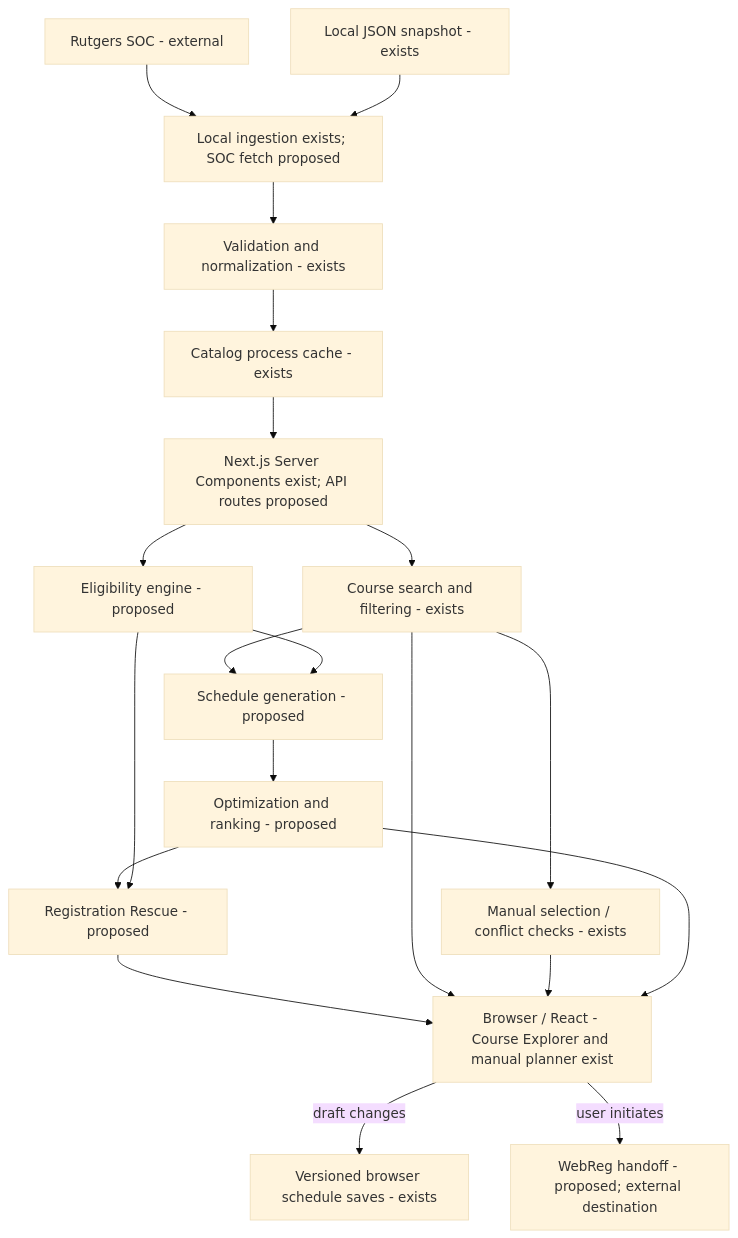
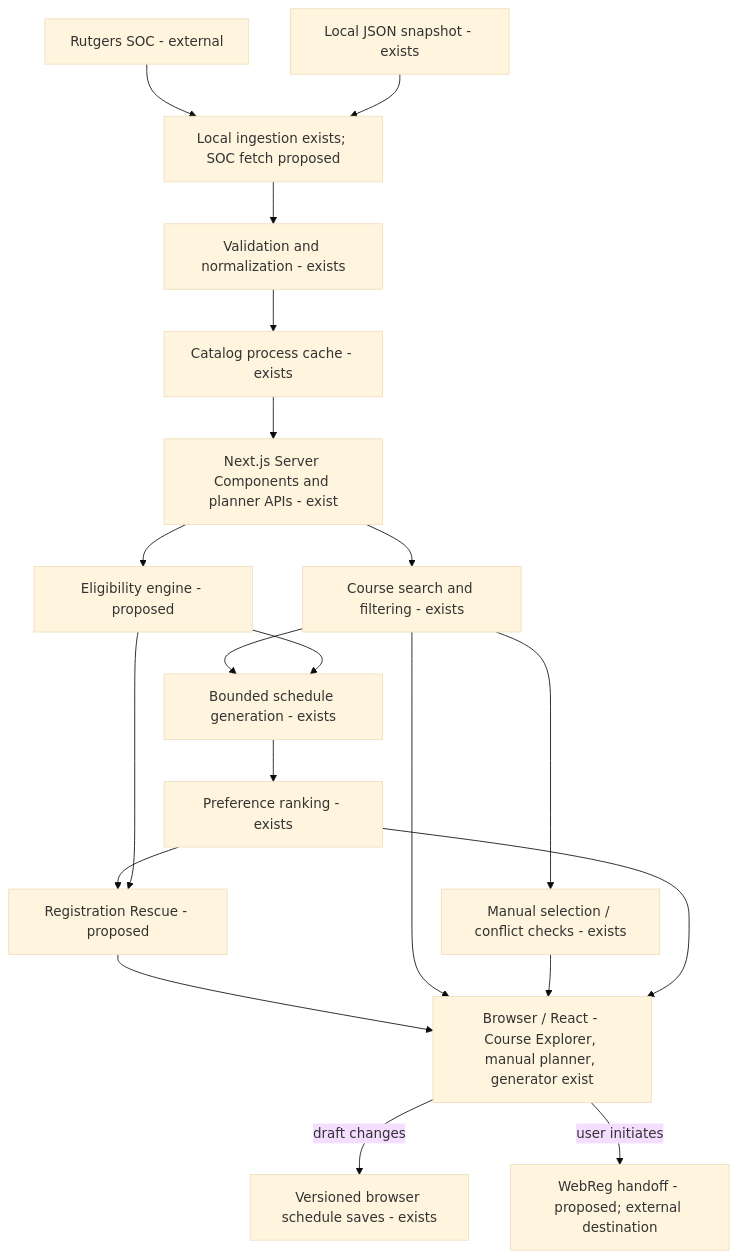
The first of 2 diagrams in docs/ARCHITECTURE.md (emreakg0/bettercsp), drawn with Mermaid (base theme) before and after one commit. The commit also changed other lines of this file and 16 other files, not shown here.

Commit message:
Add deterministic schedule generation and preference ranking

````diff
--- a/docs/ARCHITECTURE.md
+++ b/docs/ARCHITECTURE.md
@@ -51,22 +52,22 @@
 ```mermaid
 flowchart TD
   SOC["Rutgers SOC - external"] --> I["Local ingestion exists; SOC fetch proposed"]
   RAW["Local JSON snapshot - exists"] --> I
   I --> N["Validation and normalization - exists"]
   N --> P["Catalog process cache - exists"]
-  P --> S["Next.js Server Components exist; API routes proposed"]
+  P --> S["Next.js Server Components and planner APIs - exist"]
   S --> Q["Course search and filtering - exists"]
   S --> E["Eligibility engine - proposed"]
-  Q --> G["Schedule generation - proposed"]
+  Q --> G["Bounded schedule generation - exists"]
   E --> G
-  G --> R["Optimization and ranking - proposed"]
+  G --> R["Preference ranking - exists"]
   R --> X["Registration Rescue - proposed"]
   E --> X
-  X --> UI["Browser / React - Course Explorer and manual planner exist"]
+  X --> UI["Browser / React - Course Explorer, manual planner, generator exist"]
   Q --> UI
   Q --> MANUAL["Manual selection / conflict checks - exists"]
   MANUAL --> UI
   R --> UI
   UI -->|draft changes| B["Versioned browser schedule saves - exists"]
   UI -->|user initiates| W["WebReg handoff - proposed; external destination"]
 ```
````
